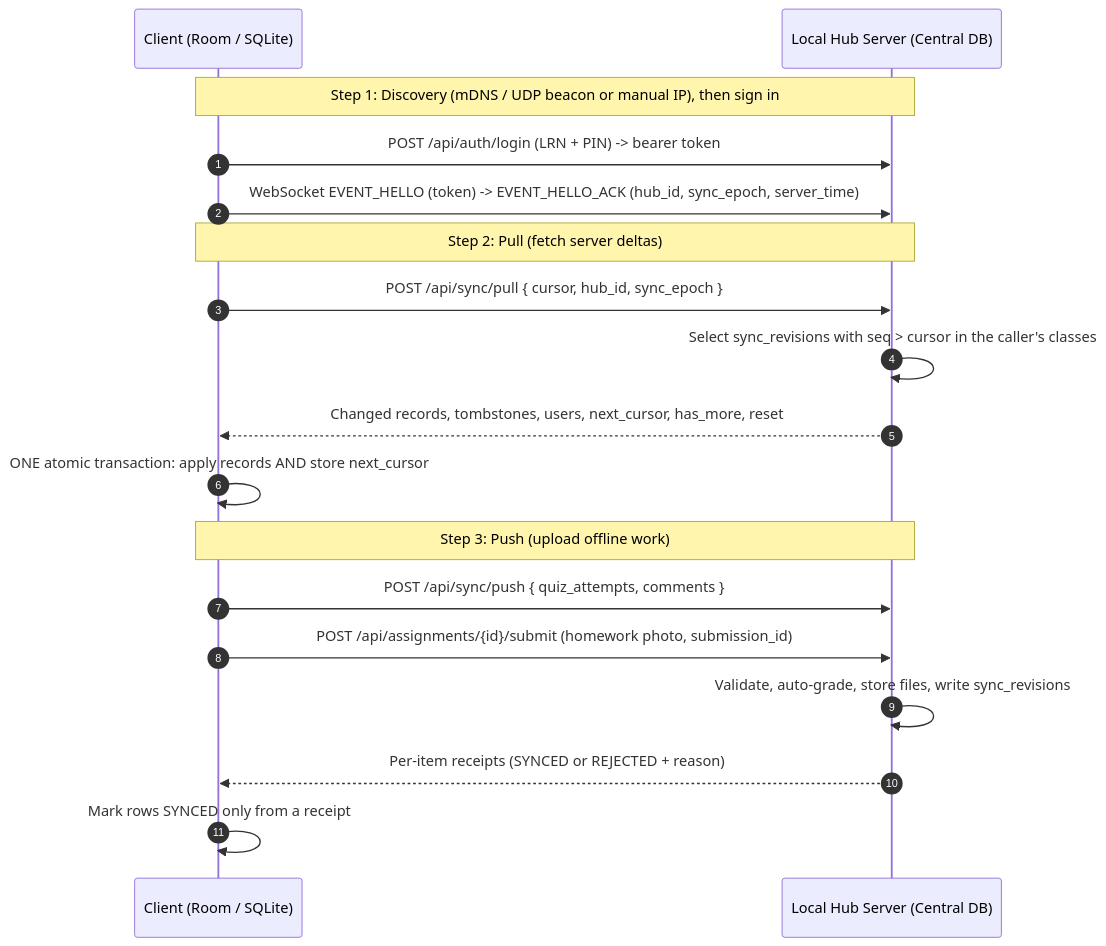
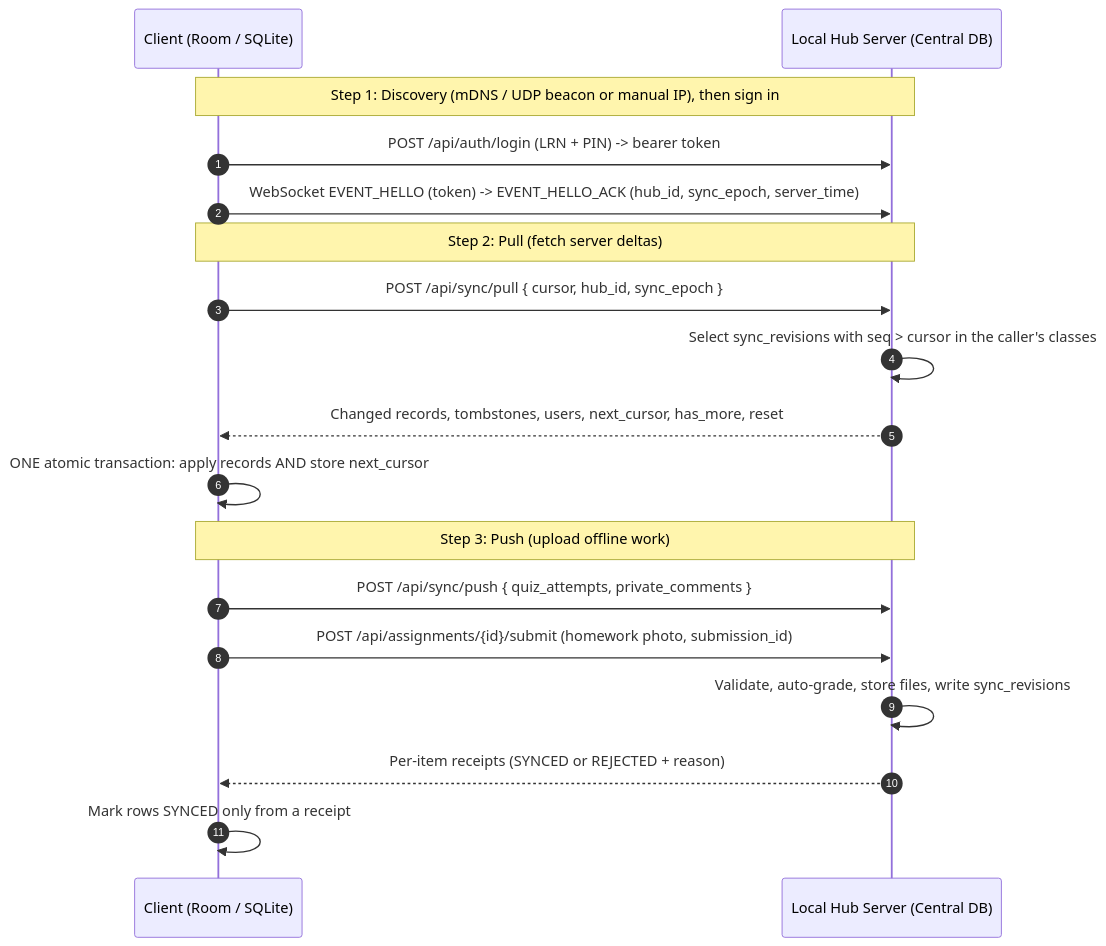
Before and after one commit to BootlegYouki/L.A.R.A: the fifth of 5 diagrams in docs/PRD.md, drawn with Mermaid. The commit also changed other lines of this file and 13 other files, not shown here.

Commit message:
feat(contract): private comments only, 6-digit PIN, section and teacher in join reply

````diff
--- a/docs/PRD.md
+++ b/docs/PRD.md
@@ -315,23 +314,23 @@
 ```mermaid
 sequenceDiagram
  autonumber
  participant App as Client (Room / SQLite)
  participant Hub as Local Hub Server (Central DB)
 
  Note over App,Hub: Step 1: Discovery (mDNS / UDP beacon or manual IP), then sign in
  App->>Hub: POST /api/auth/login (LRN + PIN) -> bearer token
  App->>Hub: WebSocket EVENT_HELLO (token) -> EVENT_HELLO_ACK (hub_id, sync_epoch, server_time)
 
  Note over App,Hub: Step 2: Pull (fetch server deltas)
  App->>Hub: POST /api/sync/pull { cursor, hub_id, sync_epoch }
  Hub->>Hub: Select sync_revisions with seq > cursor in the caller's classes
  Hub-->>App: Changed records, tombstones, users, next_cursor, has_more, reset
  App->>App: ONE atomic transaction: apply records AND store next_cursor
 
  Note over App,Hub: Step 3: Push (upload offline work)
- App->>Hub: POST /api/sync/push { quiz_attempts, comments }
+ App->>Hub: POST /api/sync/push { quiz_attempts, private_comments }
  App->>Hub: POST /api/assignments/{id}/submit (homework photo, submission_id)
  Hub->>Hub: Validate, auto-grade, store files, write sync_revisions
  Hub-->>App: Per-item receipts (SYNCED or REJECTED + reason)
  App->>App: Mark rows SYNCED only from a receipt
 ```
````
